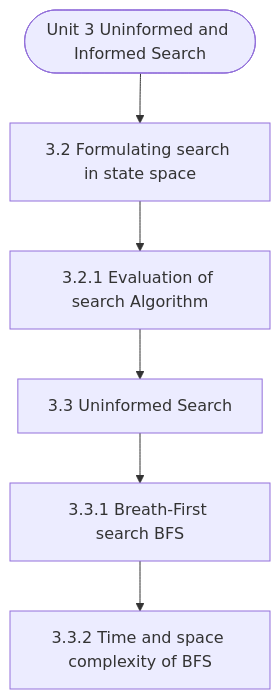
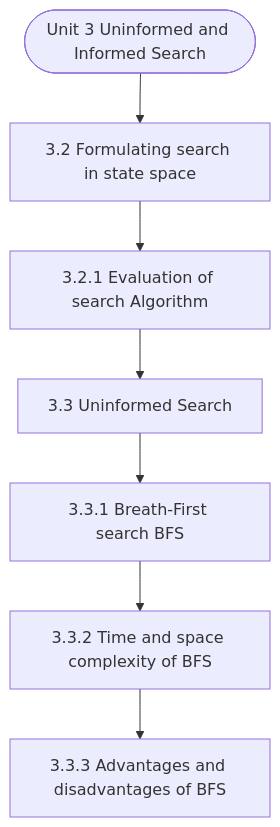
One commit to Asutosh-Coaching/mscdsa changed the diagram in notes/Semester_2/MCS-224_Artificial_Intelligence_&_Machine_Learning/unit_03_Uninformed_and_Informed_Search.md. Above: the diagram before and after it, drawn with Mermaid. The commit also changed other lines of this file and 116 other files, not shown here.

````diff
--- a/notes/Semester_2/MCS-224_Artificial_Intelligence_&_Machine_Learning/unit_03_Uninformed_and_Informed_Search.md
+++ b/notes/Semester_2/MCS-224_Artificial_Intelligence_&_Machine_Learning/unit_03_Uninformed_and_Informed_Search.md
@@ -19,14 +19,16 @@
 ```mermaid
 flowchart TD
   Start(["Unit 3 Uninformed and Informed Search"])
   N1["3.2 Formulating search in state space"]
   N2["3.2.1 Evaluation of search Algorithm"]
   N3["3.3 Uninformed Search"]
   N4["3.3.1 Breath-First search BFS"]
   N5["3.3.2 Time and space complexity of BFS"]
+  N6["3.3.3 Advantages and disadvantages of BFS"]
   Start --> N1
   N1 --> N2
   N2 --> N3
   N3 --> N4
   N4 --> N5
+  N5 --> N6
 ```
````
